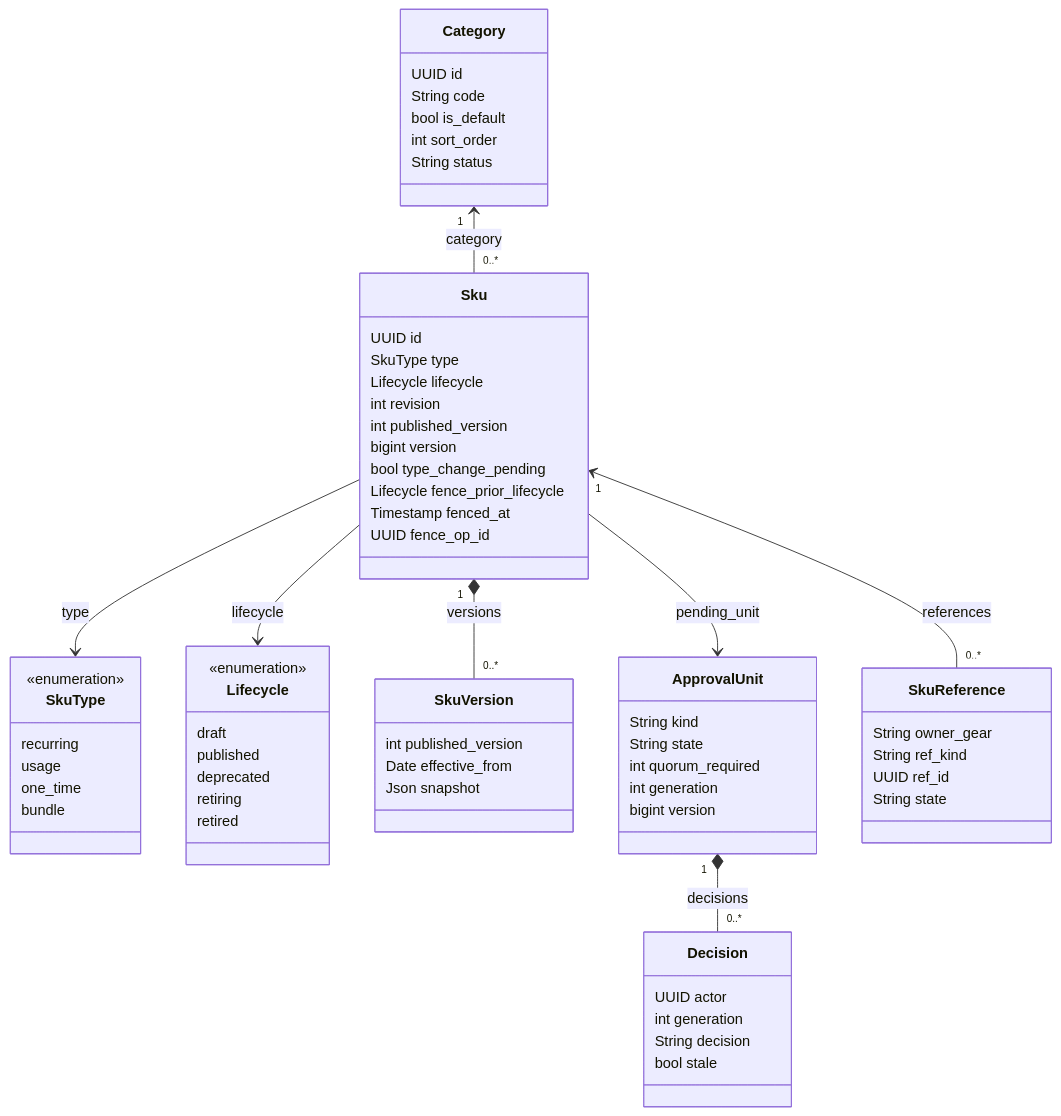
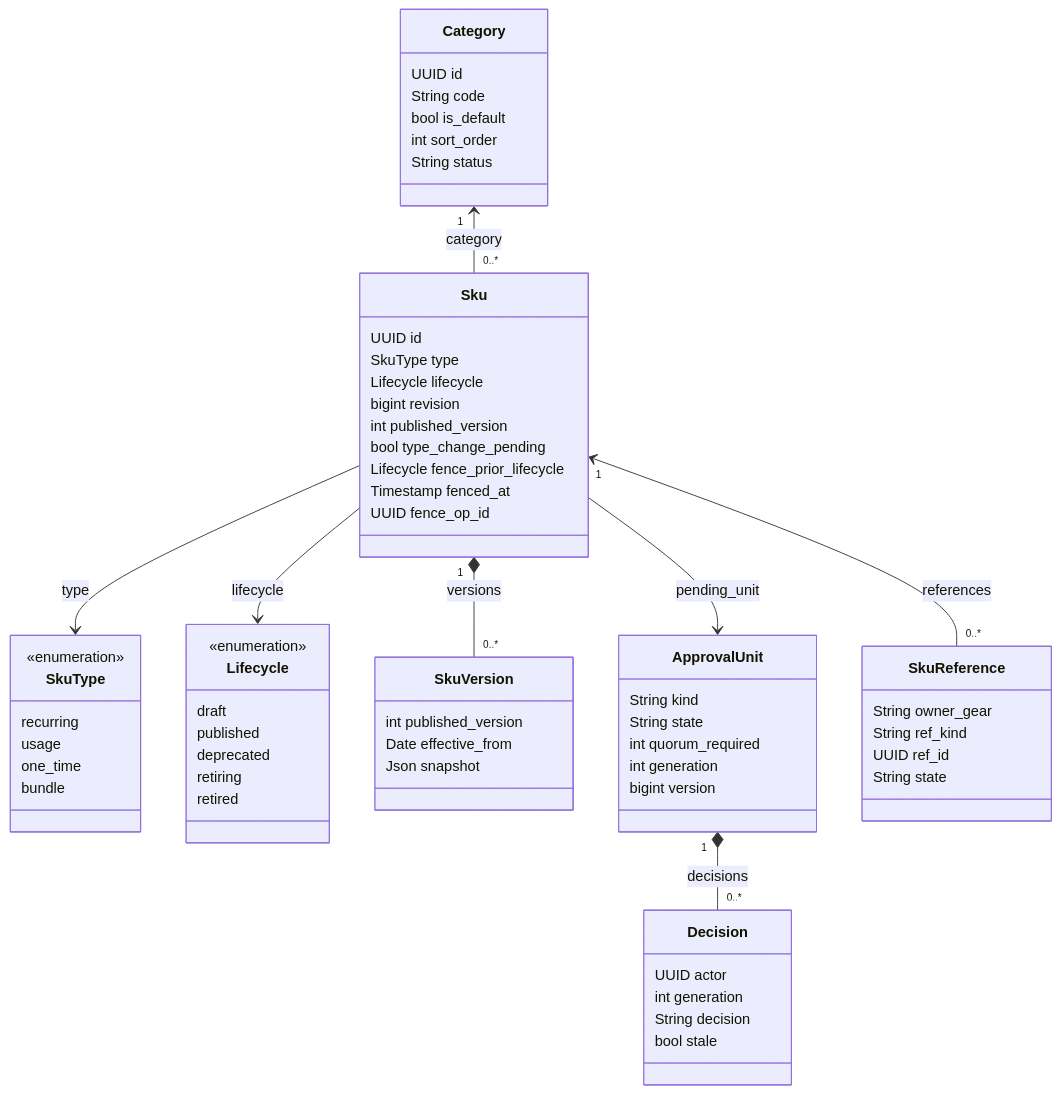
One commit to diffora/gears-rust changed the second of 6 diagrams in gears/bss/products/docs/DESIGN.md. Above: the diagram before and after it, drawn with Mermaid. The commit also changed other lines of this file and 9 other files, not shown here.

````diff
--- a/gears/bss/products/docs/DESIGN.md
+++ b/gears/bss/products/docs/DESIGN.md
@@ -191,68 +191,67 @@
 ```mermaid
 classDiagram
     class Sku {
         UUID id
         SkuType type
         Lifecycle lifecycle
-        int revision
+        bigint revision
         int published_version
-        bigint version
         bool type_change_pending
         Lifecycle fence_prior_lifecycle
         Timestamp fenced_at
         UUID fence_op_id
     }
     class SkuType {
         <<enumeration>>
         recurring
         usage
         one_time
         bundle
     }
     class Lifecycle {
         <<enumeration>>
         draft
         published
         deprecated
         retiring
         retired
     }
     class Category {
         UUID id
         String code
         bool is_default
         int sort_order
         String status
     }
     class SkuVersion {
         int published_version
         Date effective_from
         Json snapshot
     }
     class ApprovalUnit {
         String kind
         String state
         int quorum_required
         int generation
         bigint version
     }
     class Decision {
         UUID actor
         int generation
         String decision
         bool stale
     }
     class SkuReference {
         String owner_gear
         String ref_kind
         UUID ref_id
         String state
     }
     Category "1" <-- "0..*" Sku : category
     Sku --> SkuType : type
     Sku --> Lifecycle : lifecycle
     Sku "1" *-- "0..*" SkuVersion : versions
     Sku "1" <-- "0..*" SkuReference : references
     Sku --> ApprovalUnit : pending_unit
     ApprovalUnit "1" *-- "0..*" Decision : decisions
 ```
````
